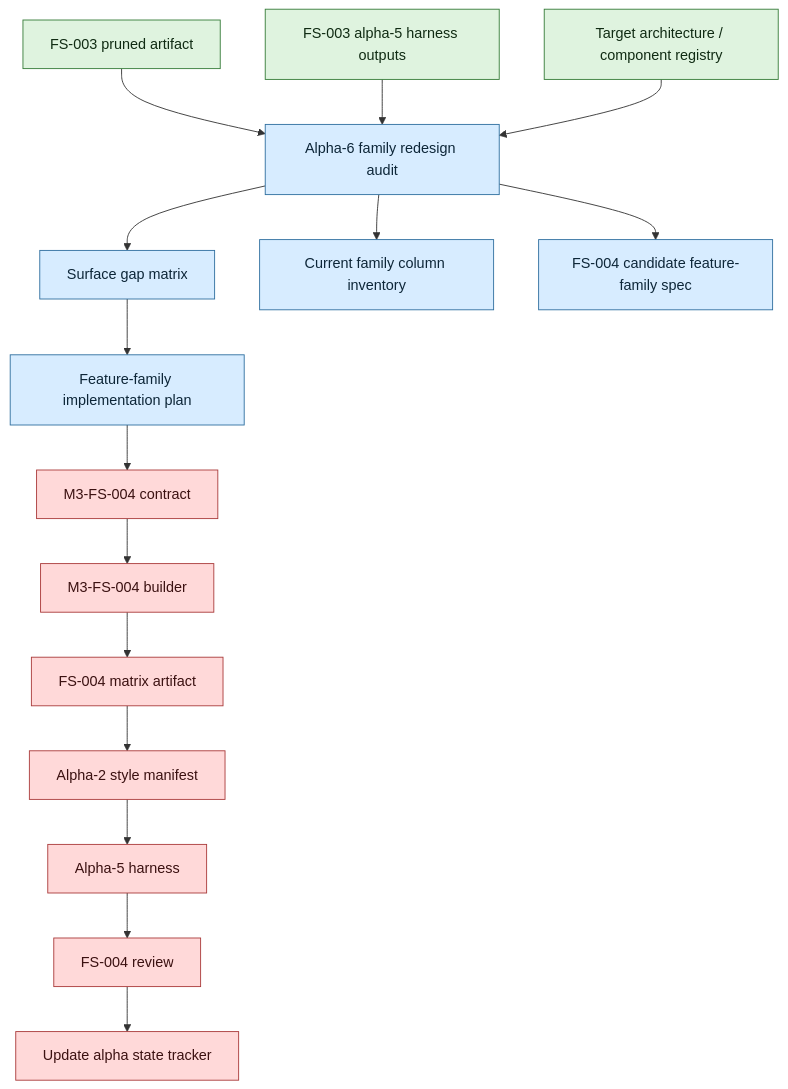
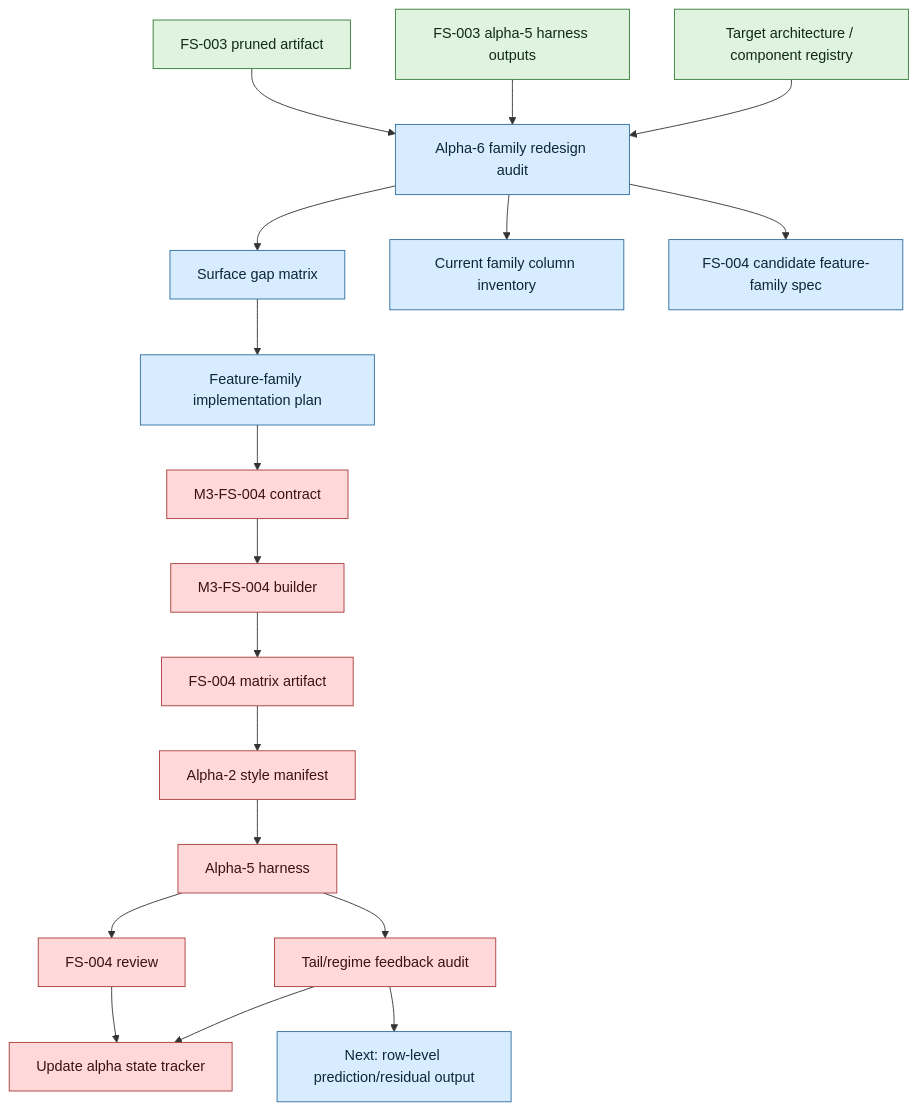
Before and after one commit to jiancchen/SlateAi: the diagram in run-plans/mlb/2026-06-03-mlb-m3-alpha-6-feature-family-redesign-run-plan.md, drawn with Mermaid. The commit also changed other lines of this file and 13 other files, not shown here.

First line of the commit message:
Add FS-004 tail regime audit

````diff
--- a/run-plans/mlb/2026-06-03-mlb-m3-alpha-6-feature-family-redesign-run-plan.md
+++ b/run-plans/mlb/2026-06-03-mlb-m3-alpha-6-feature-family-redesign-run-plan.md
@@ -115,27 +115,31 @@
 ```mermaid
 flowchart TD
   FS003["FS-003 pruned artifact"] --> AUDIT["Alpha-6 family redesign audit"]
   HARN["FS-003 alpha-5 harness outputs"] --> AUDIT
   ARCH["Target architecture / component registry"] --> AUDIT
 
   AUDIT --> GAP["Surface gap matrix"]
   AUDIT --> INV["Current family column inventory"]
   AUDIT --> SPEC["FS-004 candidate feature-family spec"]
   GAP --> PLAN["Feature-family implementation plan"]
 
   PLAN --> CONTRACT["M3-FS-004 contract"]
   CONTRACT --> BUILDER["M3-FS-004 builder"]
   BUILDER --> MATRIX["FS-004 matrix artifact"]
   MATRIX --> MANIFEST["Alpha-2 style manifest"]
   MANIFEST --> HARNESS["Alpha-5 harness"]
   HARNESS --> REVIEW["FS-004 review"]
+  HARNESS --> TAIL["Tail/regime feedback audit"]
+  TAIL --> ROWS["Next: row-level prediction/residual output"]
   REVIEW --> STATE["Update alpha state tracker"]
+  TAIL --> STATE
 
   classDef live fill:#dff3df,stroke:#367c39,color:#102b13;
   classDef next fill:#d7ecff,stroke:#2f6f9f,color:#0d2638;
   classDef missing fill:#ffd9d9,stroke:#aa3b3b,color:#3b1111;
 
   class FS003,HARN,ARCH live;
   class AUDIT,GAP,INV,SPEC,PLAN next;
-  class CONTRACT,BUILDER,MATRIX,MANIFEST,HARNESS,REVIEW,STATE missing;
+  class CONTRACT,BUILDER,MATRIX,MANIFEST,HARNESS,REVIEW,TAIL,STATE missing;
+  class ROWS next;
 ```
````
